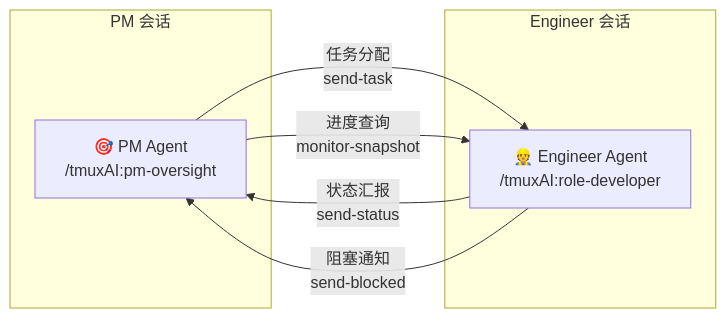
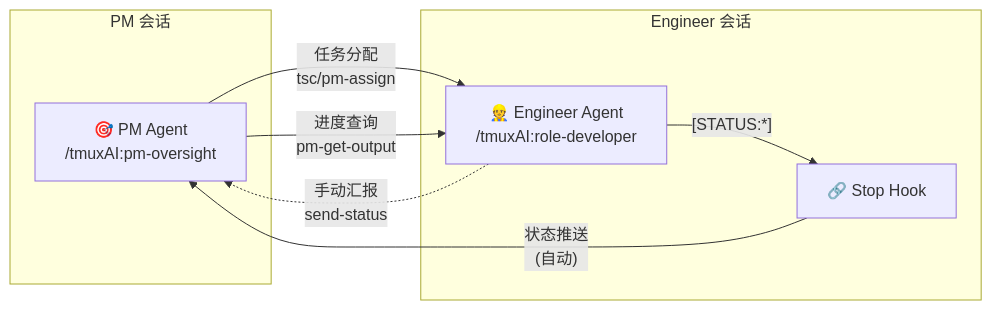
One commit to coolwoo/Tmux-AI-Team changed the fourth of 5 diagrams in CLAUDE.md. Above: the diagram before and after it, drawn with Mermaid. The commit also changed other lines of this file and 5 other files, not shown here.

````diff
--- a/CLAUDE.md
+++ b/CLAUDE.md
@@ -131,15 +143,17 @@
 ```mermaid
 flowchart LR
     subgraph PM_Session["PM 会话"]
         PM["🎯 PM Agent<br/>/tmuxAI:pm-oversight"]
     end
 
     subgraph Eng_Session["Engineer 会话"]
         ENG["👷 Engineer Agent<br/>/tmuxAI:role-developer"]
+        HOOK["🔗 Stop Hook"]
     end
 
-    PM -->|"任务分配<br/>send-task"| ENG
-    PM -->|"进度查询<br/>monitor-snapshot"| ENG
-    ENG -->|"状态汇报<br/>send-status"| PM
-    ENG -->|"阻塞通知<br/>send-blocked"| PM
+    PM -->|"任务分配<br/>tsc/pm-assign"| ENG
+    PM -->|"进度查询<br/>pm-get-output"| ENG
+    ENG -->|"[STATUS:*]"| HOOK
+    HOOK -->|"状态推送<br/>(自动)"| PM
+    ENG -.->|"手动汇报<br/>send-status"| PM
 ```
````
